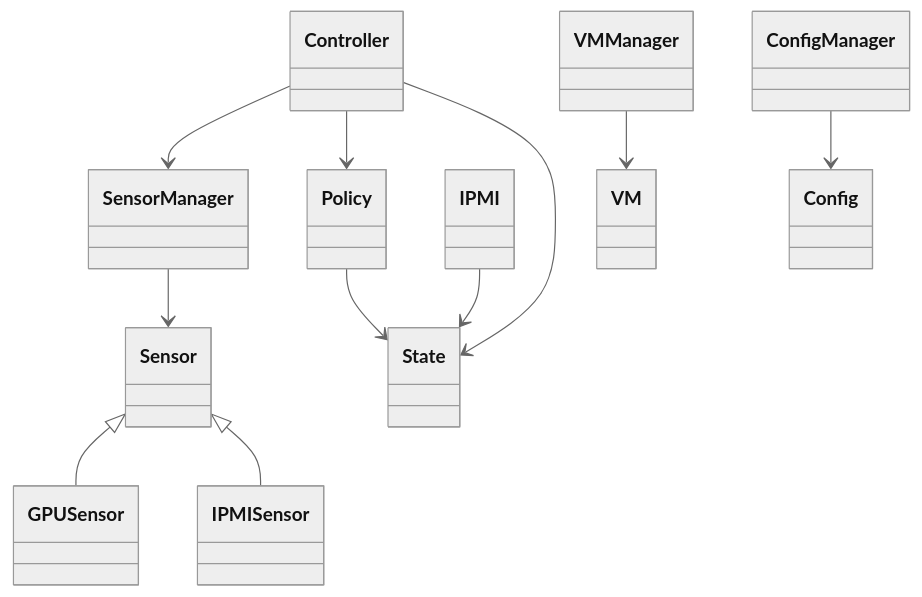
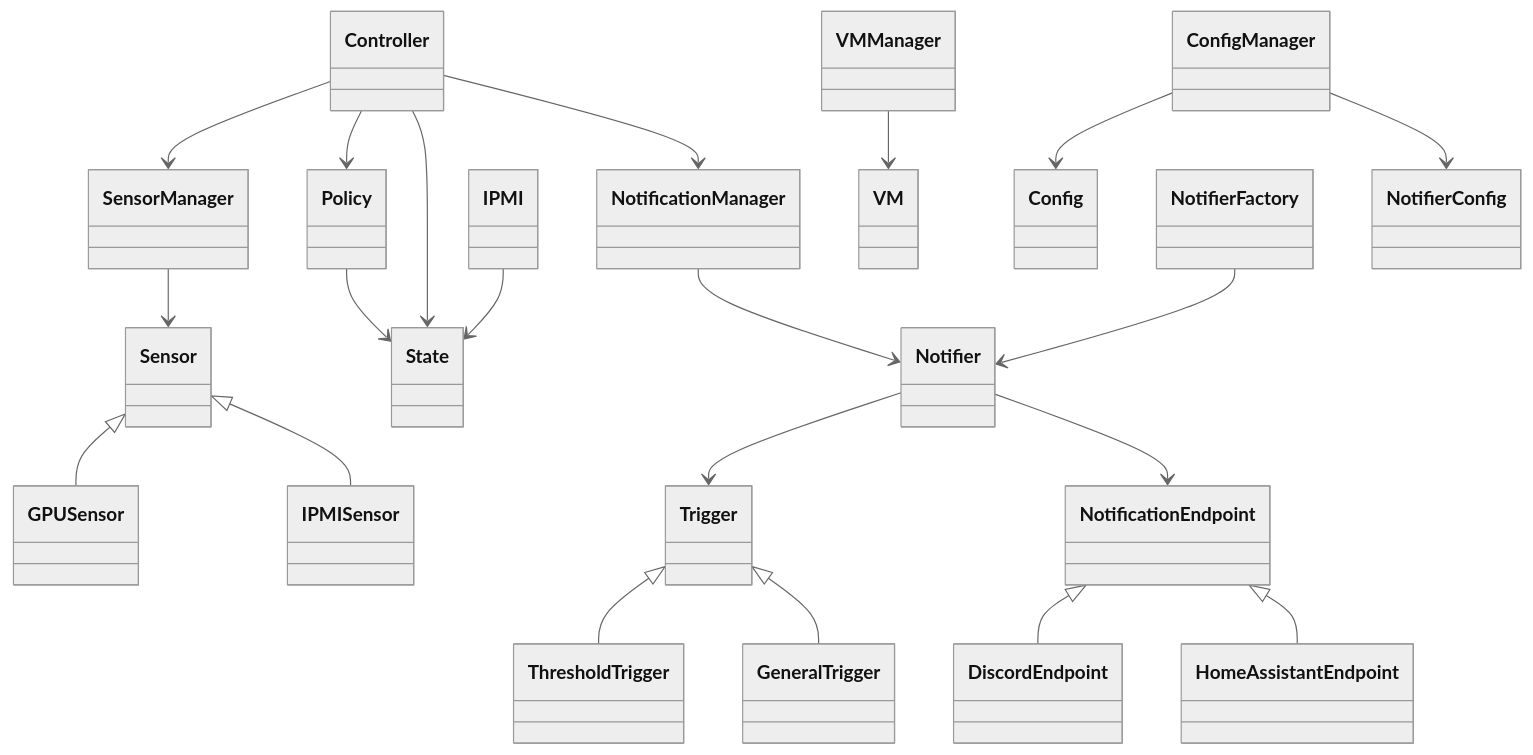
One commit to rrob1487/fand changed the diagram in docs/diagrams/class_diagram.md. Above: the diagram before and after it, drawn with Mermaid (neutral theme). The commit also changed 12 other files, not shown here.

````diff
--- a/docs/diagrams/class_diagram.md
+++ b/docs/diagrams/class_diagram.md
@@ -1,18 +1,32 @@
 ```mermaid
 classDiagram
 
 Controller --> SensorManager
 Controller --> Policy
 Controller --> State
+Controller --> NotificationManager
 
 SensorManager --> Sensor
 
 Sensor <|-- GPUSensor
 Sensor <|-- IPMISensor
 
 Policy --> State
 IPMI --> State
 
 VMManager --> VM
 ConfigManager --> Config
+ConfigManager --> NotifierConfig
+
+NotificationManager --> Notifier
+NotifierFactory --> Notifier
+
+Notifier --> Trigger
+Notifier --> NotificationEndpoint
+
+Trigger <|-- ThresholdTrigger
+Trigger <|-- GeneralTrigger
+
+NotificationEndpoint <|-- DiscordEndpoint
+NotificationEndpoint <|-- HomeAssistantEndpoint
 ```
````
